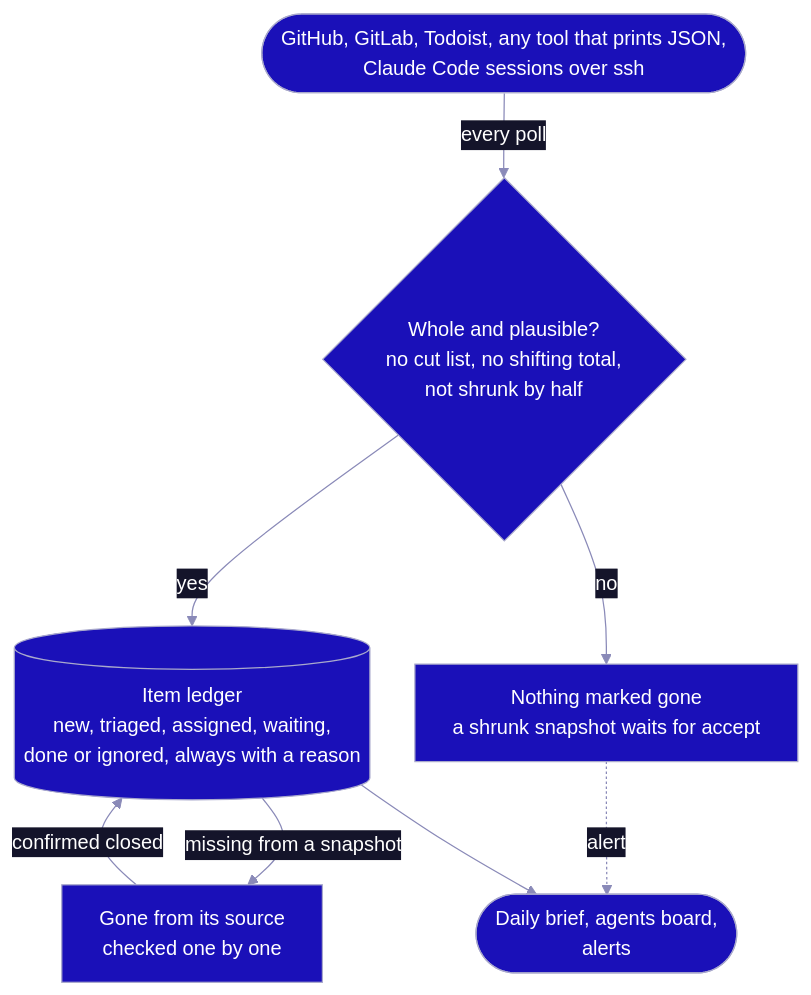
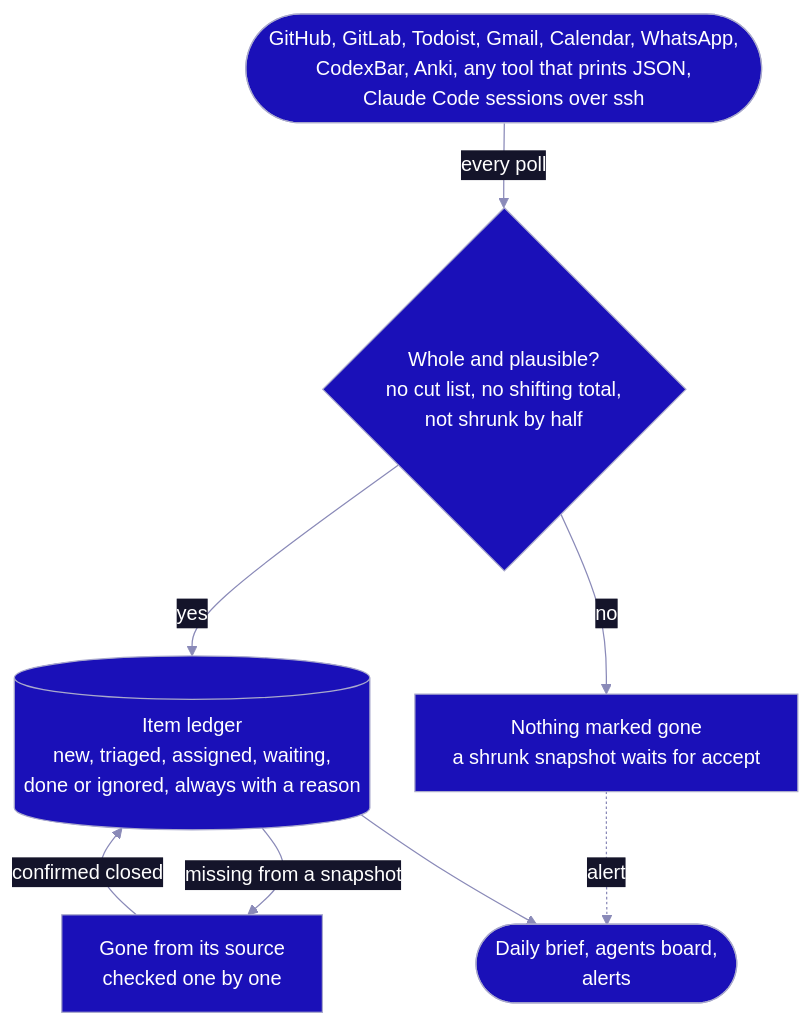
One commit to AirKyzzZ/hermes-superagent changed the fourth of 4 diagrams in README.md. Above: the diagram before and after it, drawn with Mermaid. The commit also changed other lines of this file, not shown here.

````diff
--- a/README.md
+++ b/README.md
@@ -193,18 +193,18 @@
 ```mermaid
 flowchart TB
-    sources(["GitHub, GitLab, Todoist, any tool that prints JSON,<br/>Claude Code sessions over ssh"])
+    sources(["GitHub, GitLab, Todoist, Gmail, Calendar, WhatsApp,<br/>CodexBar, Anki, any tool that prints JSON,<br/>Claude Code sessions over ssh"])
     check{"Whole and plausible?<br/>no cut list, no shifting total,<br/>not shrunk by half"}
     ledger[("Item ledger<br/>new, triaged, assigned, waiting,<br/>done or ignored, always with a reason")]
     held["Nothing marked gone<br/>a shrunk snapshot waits for accept"]
     vanished["Gone from its source<br/>checked one by one"]
     out(["Daily brief, agents board,<br/>alerts"])
 
     sources -->|"every poll"| check
     check -->|yes| ledger
     check -->|no| held
     held -.->|alert| out
     ledger -->|"missing from a snapshot"| vanished
     vanished -->|"confirmed closed"| ledger
     ledger --> out
 %%{init: {"theme":"base","layout":"dagre","flowchart":{"wrappingWidth":420,"nodeSpacing":36,"rankSpacing":44},"themeVariables":{"primaryColor":"#1a10b8","primaryTextColor":"#ffffff","primaryBorderColor":"#a9a9cc","lineColor":"#8a8ab8","textColor":"#ffffff","clusterBkg":"#14142a","clusterBorder":"#4a4a78","titleColor":"#f4f4fd","edgeLabelBackground":"#14142a"}}}%%
 ```
````
